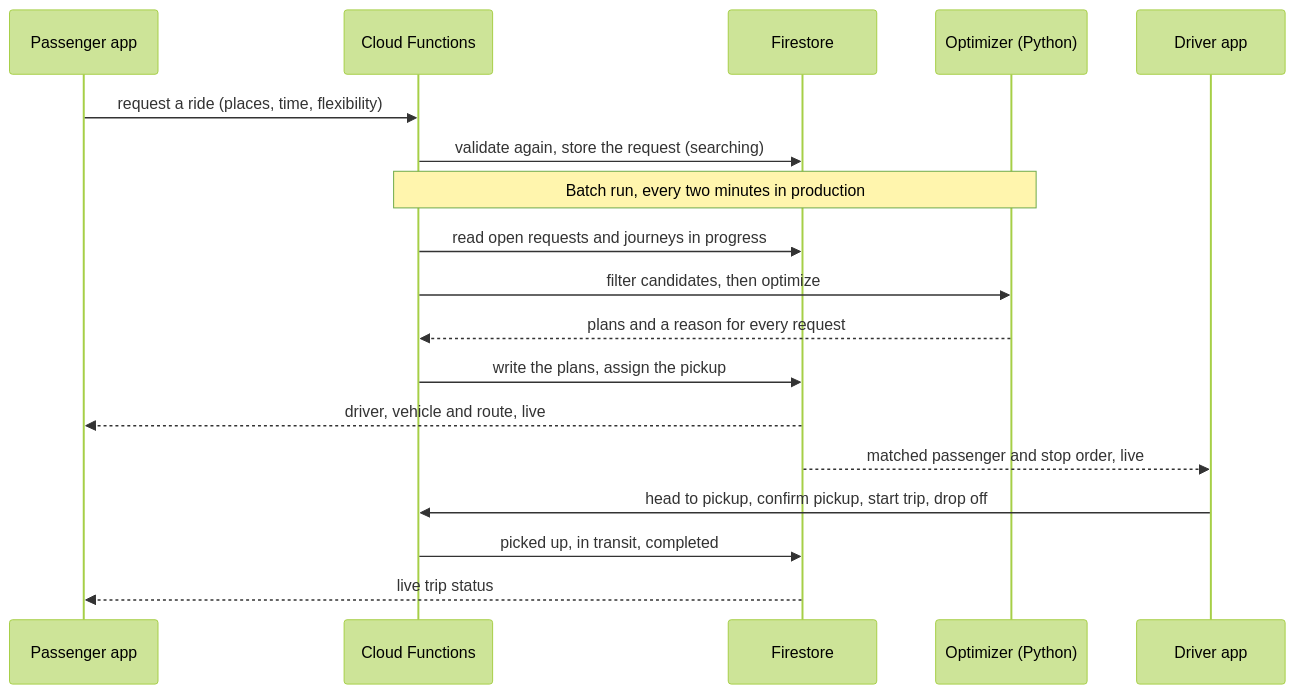
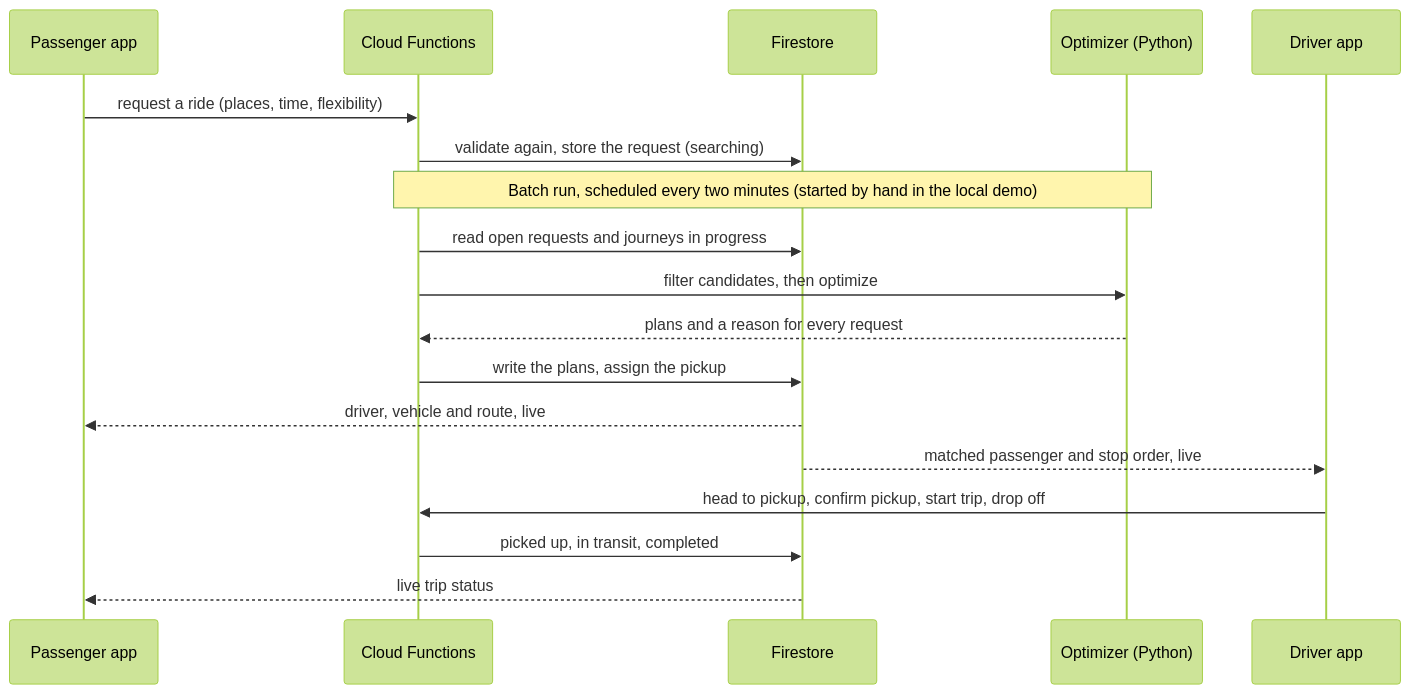
One commit to Zaira-Shahid/AI-Ride-Sharing-Transportation-Optimization-Platform changed the second of 2 diagrams in README.md. Above: the diagram before and after it, drawn with Mermaid (forest theme). The commit also changed other lines of this file and 1 other file, not shown here.

````diff
--- a/README.md
+++ b/README.md
@@ -134,21 +137,21 @@
 ```mermaid
 sequenceDiagram
   participant P as Passenger app
   participant F as Cloud Functions
   participant S as Firestore
   participant O as Optimizer (Python)
   participant D as Driver app
 
   P->>F: request a ride (places, time, flexibility)
   F->>S: validate again, store the request (searching)
-  Note over F,O: Batch run, every two minutes in production
+  Note over F,O: Batch run, scheduled every two minutes (started by hand in the local demo)
   F->>S: read open requests and journeys in progress
   F->>O: filter candidates, then optimize
   O-->>F: plans and a reason for every request
   F->>S: write the plans, assign the pickup
   S-->>P: driver, vehicle and route, live
   S-->>D: matched passenger and stop order, live
   D->>F: head to pickup, confirm pickup, start trip, drop off
   F->>S: picked up, in transit, completed
   S-->>P: live trip status
 ```
````
